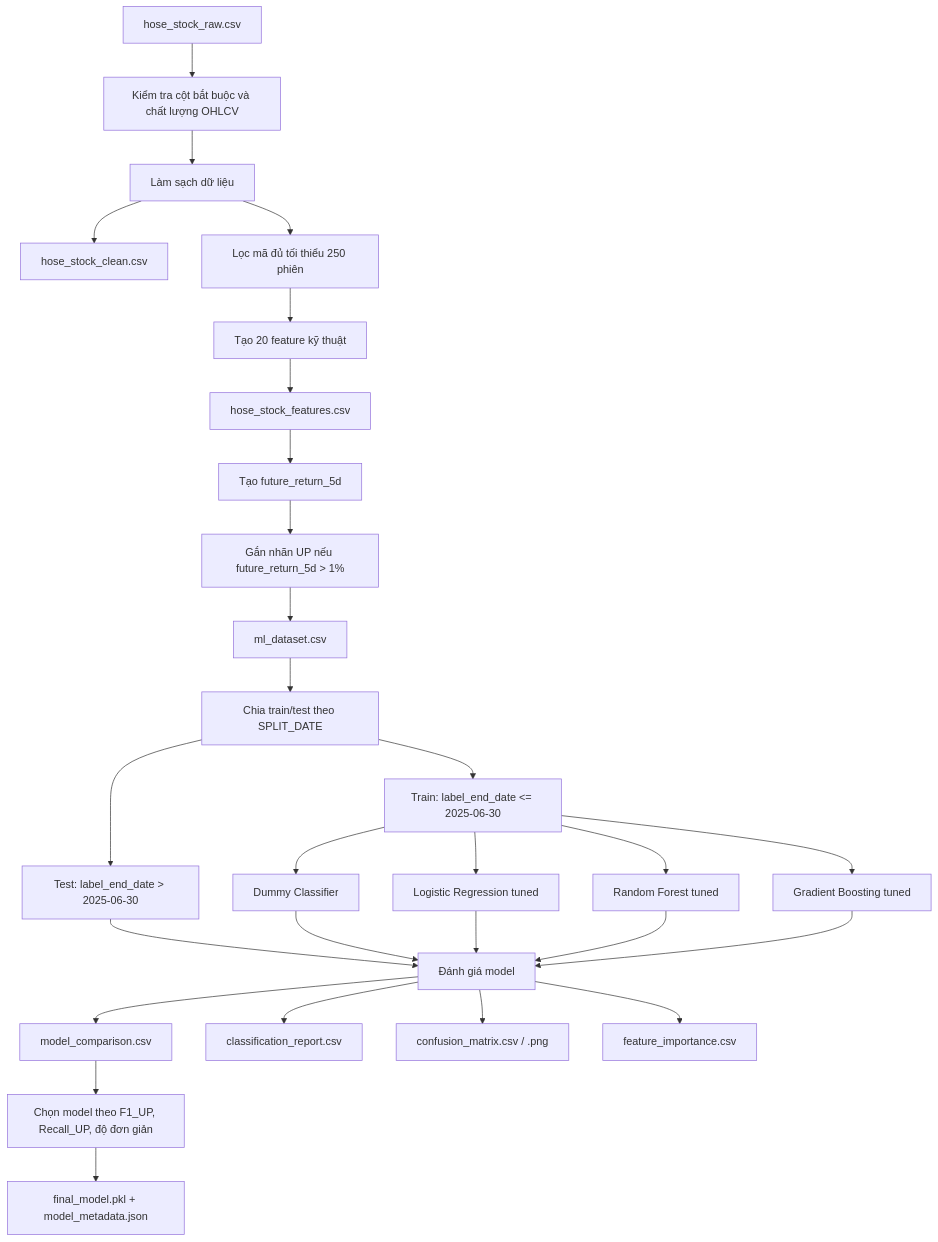
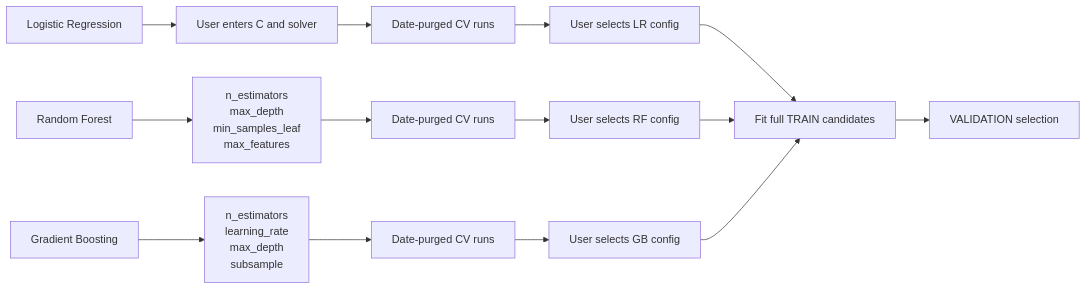
The third of 5 diagrams in docs/SO_DO_KIEN_TRUC_HE_THONG.md (human6004/stock-prediction-ml), drawn with Mermaid before and after one commit. The commit also changed other lines of this file and 232 other files, not shown here.

````diff
--- a/docs/SO_DO_KIEN_TRUC_HE_THONG.md
+++ b/docs/SO_DO_KIEN_TRUC_HE_THONG.md
@@ -51,30 +47,19 @@
 ```mermaid
-flowchart TD
-    A["hose_stock_raw.csv"] --> B["Kiểm tra cột bắt buộc và chất lượng OHLCV"]
-    B --> C["Làm sạch dữ liệu"]
-    C --> D["hose_stock_clean.csv"]
-    C --> E["Lọc mã đủ tối thiểu 250 phiên"]
-    E --> F["Tạo 20 feature kỹ thuật"]
-    F --> G["hose_stock_features.csv"]
-    G --> H["Tạo future_return_5d"]
-    H --> I["Gắn nhãn UP nếu future_return_5d > 1%"]
-    I --> J["ml_dataset.csv"]
-    J --> K["Chia train/test theo SPLIT_DATE"]
-    K --> L["Train: label_end_date <= 2025-06-30"]
-    K --> M["Test: label_end_date > 2025-06-30"]
-    L --> N["Dummy Classifier"]
-    L --> O["Logistic Regression tuned"]
-    L --> P["Random Forest tuned"]
-    L --> Q["Gradient Boosting tuned"]
-    M --> R["Đánh giá model"]
-    N --> R
-    O --> R
-    P --> R
-    Q --> R
-    R --> S["model_comparison.csv"]
-    R --> T["classification_report.csv"]
-    R --> U["confusion_matrix.csv / .png"]
-    R --> V["feature_importance.csv"]
-    S --> W["Chọn model theo F1_UP, Recall_UP, độ đơn giản"]
-    W --> X["final_model.pkl + model_metadata.json"]
+flowchart LR
+    A["Logistic Regression"] --> B["User enters C and solver"]
+    B --> C["Date-purged CV runs"]
+    C --> D["User selects LR config"]
+
+    E["Random Forest"] --> F["n_estimators\nmax_depth\nmin_samples_leaf\nmax_features"]
+    F --> G["Date-purged CV runs"]
+    G --> H["User selects RF config"]
+
+    I["Gradient Boosting"] --> J["n_estimators\nlearning_rate\nmax_depth\nsubsample"]
+    J --> K["Date-purged CV runs"]
+    K --> L["User selects GB config"]
+
+    D --> M["Fit full TRAIN candidates"]
+    H --> M
+    L --> M
+    M --> N["VALIDATION selection"]
 ```
````
